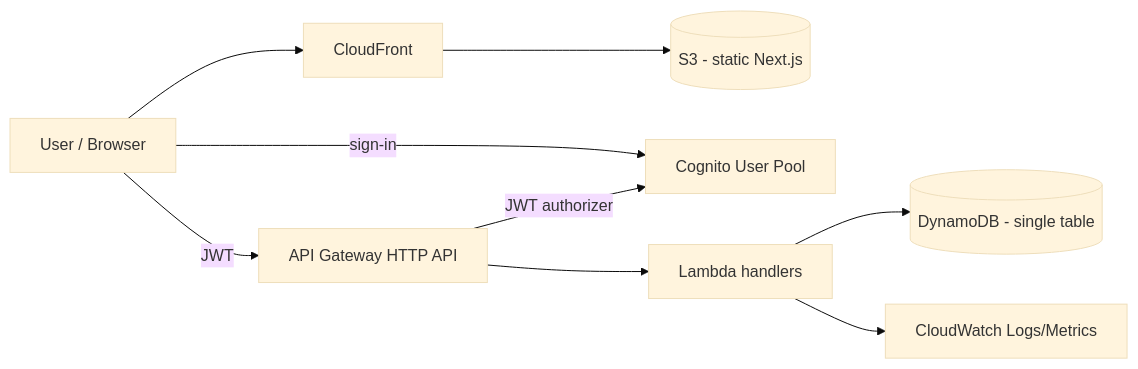
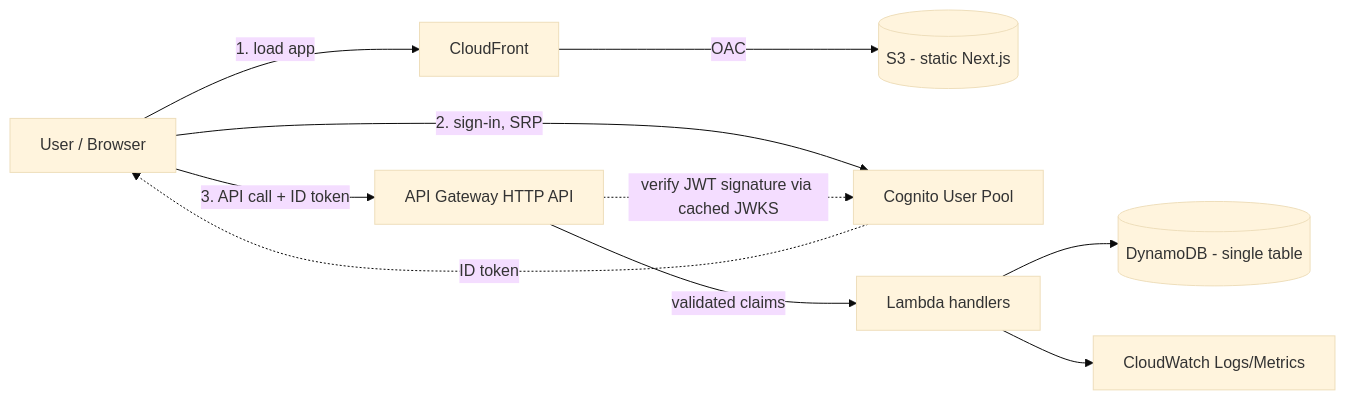
Before and after one commit to Pereira277/todolist-app: the second of 4 diagrams in docs/architecture.md, drawn with Mermaid (base theme). The commit also changed other lines of this file and 4 other files, not shown here.

````diff
--- a/docs/architecture.md
+++ b/docs/architecture.md
@@ -5,11 +28,12 @@
 ```mermaid
 flowchart LR
-  U[User / Browser] --> CF[CloudFront]
-  CF --> S3[(S3 - static Next.js)]
-  U -->|sign-in| COG[Cognito User Pool]
-  U -->|JWT| APIGW[API Gateway HTTP API]
-  APIGW -->|JWT authorizer| COG
-  APIGW --> L[Lambda handlers]
+  U[User / Browser] -->|1. load app| CF[CloudFront]
+  CF -->|OAC| S3[(S3 - static Next.js)]
+  U -->|2. sign-in, SRP| COG[Cognito User Pool]
+  COG -.->|ID token| U
+  U -->|3. API call + ID token| APIGW[API Gateway HTTP API]
+  APIGW -.->|verify JWT signature via cached JWKS| COG
+  APIGW -->|validated claims| L[Lambda handlers]
   L --> DDB[(DynamoDB - single table)]
   L --> CW[CloudWatch Logs/Metrics]
 ```
````
